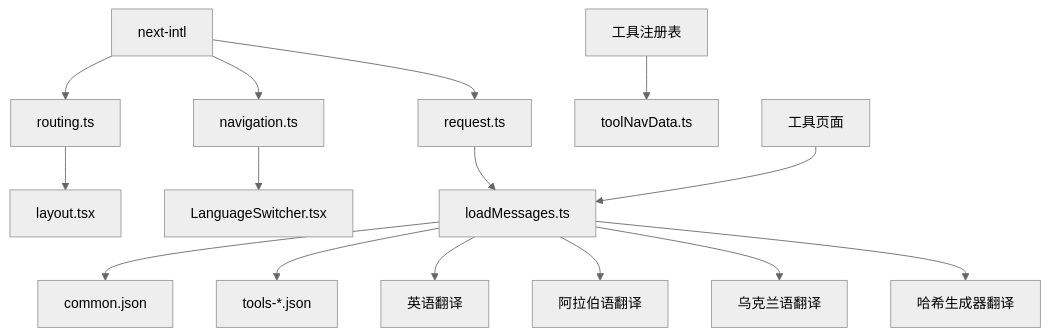
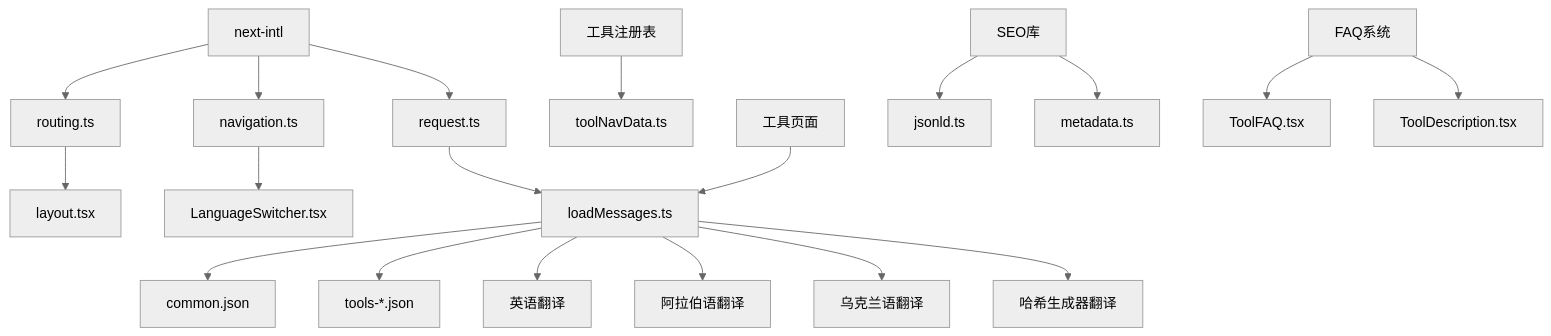
One commit to sgyy/privadeck changed diagram 11 of 11 in .qoder/repowiki/zh/content/国际化系统.md. Above: the diagram before and after it, drawn with Mermaid (neutral theme). The commit also changed other lines of this file and 7 other files, not shown here.

````diff
--- a/.qoder/repowiki/zh/content/国际化系统.md
+++ b/.qoder/repowiki/zh/content/国际化系统.md
@@ -442,17 +496,21 @@
 ```mermaid
 graph TB
 NEXTINTL["next-intl"] --> ROUTING["routing.ts"]
 NEXTINTL --> NAV["navigation.ts"]
 NEXTINTL --> REQUEST["request.ts"]
 ROUTING --> LAYOUT["layout.tsx"]
 NAV --> SWITCHER["LanguageSwitcher.tsx"]
 REQUEST --> LOAD["loadMessages.ts"]
 LOAD --> COMMON["common.json"]
 LOAD --> TOOLS["tools-*.json"]
 LOAD --> EN["英语翻译"]
 LOAD --> AR["阿拉伯语翻译"]
 LOAD --> UK["乌克兰语翻译"]
 LOAD --> HASH["哈希生成器翻译"]
 REGISTRY["工具注册表"] --> TOOLNAV["toolNavData.ts"]
 TOOLPAGE["工具页面"] --> LOAD
+SEO["SEO库"] --> JSONLD["jsonld.ts"]
+SEO --> METADATA["metadata.ts"]
+FAQ["FAQ系统"] --> TOOLFAQ["ToolFAQ.tsx"]
+FAQ --> TOOLDESC["ToolDescription.tsx"]
 ```
````
